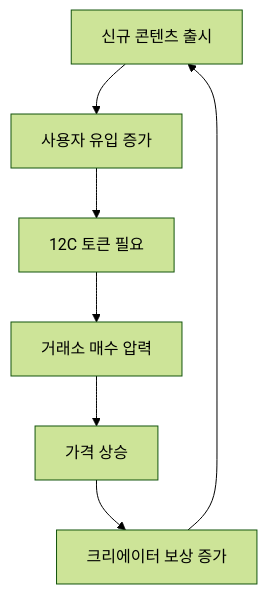
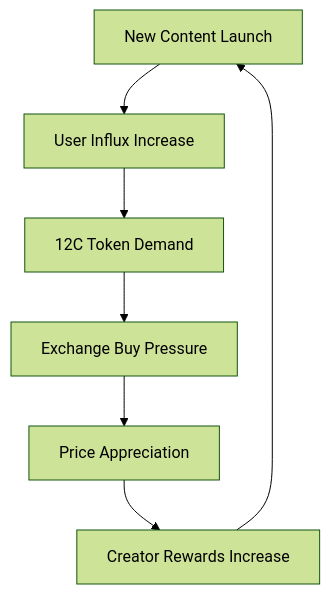
Before and after one commit to efgagfecdb/12cycle: the diagram in tokenomics/allocation.md, drawn with Mermaid (forest theme). The commit also changed other lines of this file and 8 other files, not shown here.

````diff
--- a/tokenomics/allocation.md
+++ b/tokenomics/allocation.md
@@ -144,9 +144,9 @@
 ```mermaid
 graph TD
-    A[신규 콘텐츠 출시] --> B[사용자 유입 증가]
-    B --> C[12C 토큰 필요]
-    C --> D[거래소 매수 압력]
-    D --> E[가격 상승]
-    E --> F[크리에이터 보상 증가]
+    A[New Content Launch] --> B[User Influx Increase]
+    B --> C[12C Token Demand]
+    C --> D[Exchange Buy Pressure]
+    D --> E[Price Appreciation]
+    E --> F[Creator Rewards Increase]
     F --> A
 ```
````
